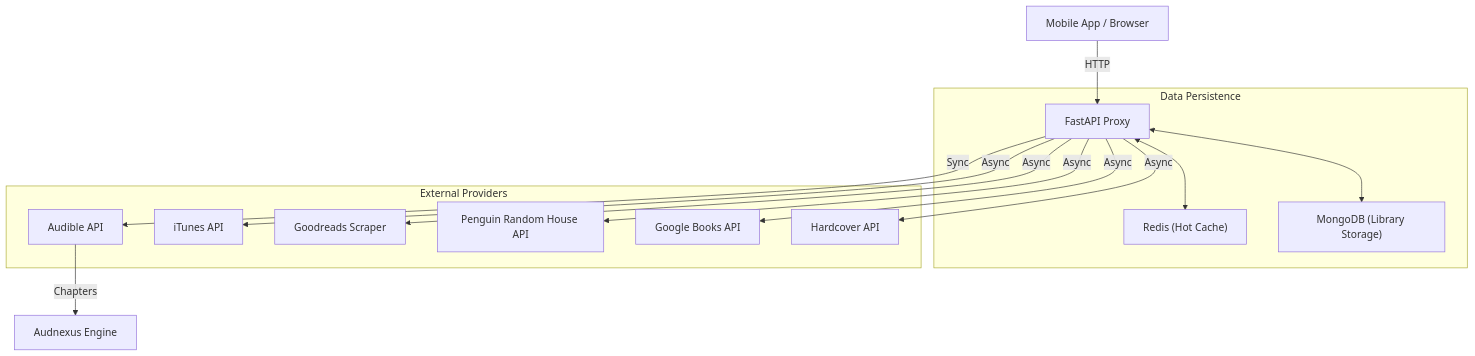
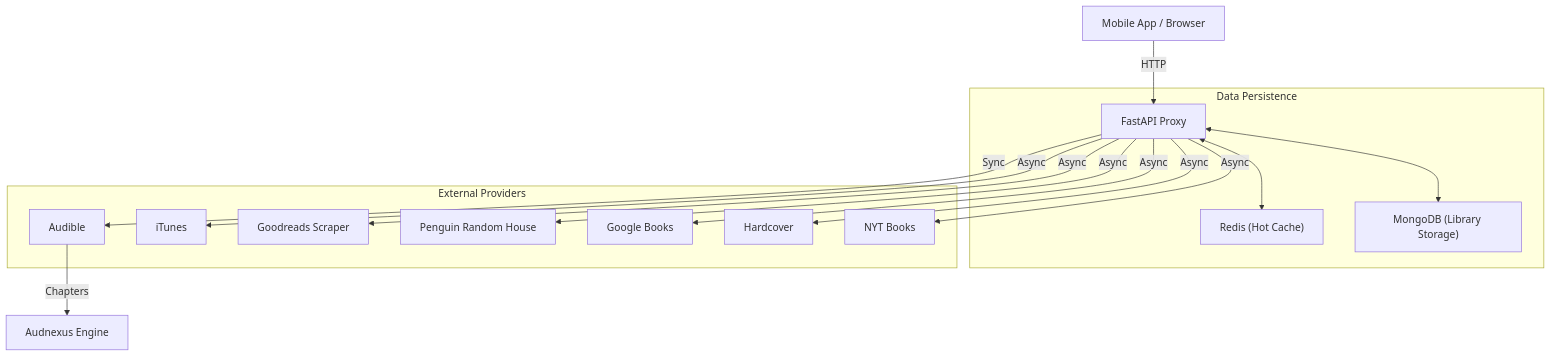
The diagram in README.md (nreexy/abackend), drawn with Mermaid before and after one commit. The commit also changed other lines of this file and 13 other files, not shown here.

Commit message:
feat: implement NYT/Audible data archiving, add curation UI, and update async service methods

````diff
--- a/README.md
+++ b/README.md
@@ -147,20 +158,21 @@
 ```mermaid
 graph TD
     Client["Mobile App / Browser"] -->|HTTP| Proxy["FastAPI Proxy"]
     
     subgraph "Data Persistence"
         Proxy <--> Redis["Redis (Hot Cache)"]
         Proxy <--> Mongo["MongoDB (Library Storage)"]
     end
     
     subgraph "External Providers"
-        Proxy -->|Sync| Audible["Audible API"]
-        Proxy -->|Async| iTunes["iTunes API"]
+        Proxy -->|Sync| Audible["Audible"]
+        Proxy -->|Async| iTunes["iTunes"]
         Proxy -->|Async| Goodreads["Goodreads Scraper"]
-        Proxy -->|Async| PRH["Penguin Random House API"]
-        Proxy -->|Async| GoogleBooks["Google Books API"]
-        Proxy -->|Async| Hardcover["Hardcover API"] 
+        Proxy -->|Async| PRH["Penguin Random House"]
+        Proxy -->|Async| GoogleBooks["Google Books"]
+        Proxy -->|Async| Hardcover["Hardcover"]
+        Proxy -->|Async| NYT["NYT Books"] 
     end
     
     Audible -->|Chapters| Audnexus["Audnexus Engine"]
 ```
````
